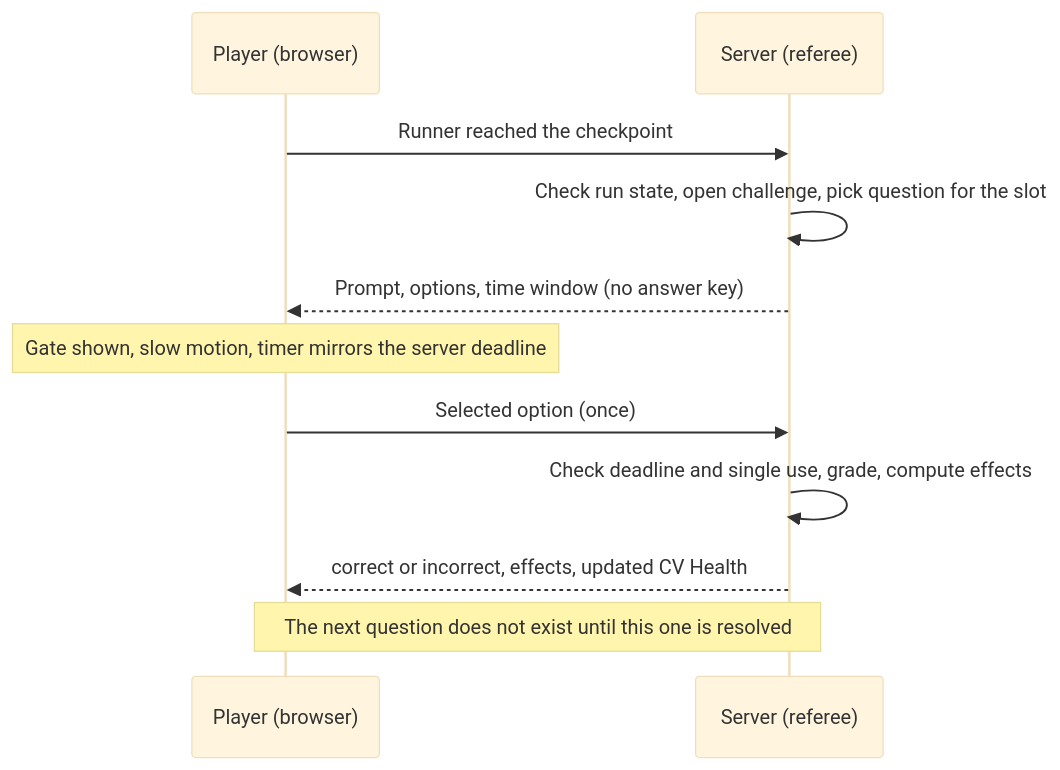
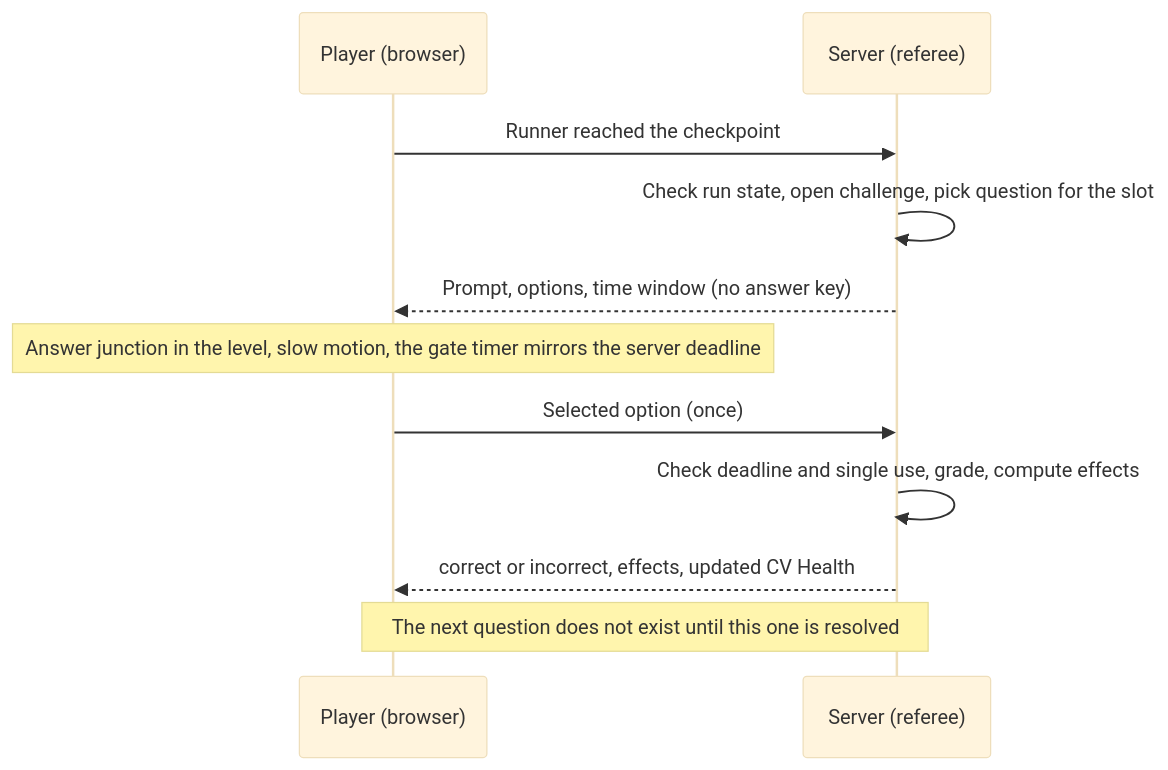
One commit to ricardoverita/cv-rush changed the diagram in docs/game-design/challenges/README.md. Above: the diagram before and after it, drawn with Mermaid (base theme). The commit also changed other lines of this file and 39 other files, not shown here.

````diff
--- a/docs/game-design/challenges/README.md
+++ b/docs/game-design/challenges/README.md
@@ -67,13 +69,13 @@
 ```mermaid
 sequenceDiagram
   participant P as Player (browser)
   participant S as Server (referee)
   P->>S: Runner reached the checkpoint
   S->>S: Check run state, open challenge, pick question for the slot
   S-->>P: Prompt, options, time window (no answer key)
-  Note over P: Gate shown, slow motion, timer mirrors the server deadline
+  Note over P: Answer junction in the level, slow motion, the gate timer mirrors the server deadline
   P->>S: Selected option (once)
   S->>S: Check deadline and single use, grade, compute effects
   S-->>P: correct or incorrect, effects, updated CV Health
   Note over P,S: The next question does not exist until this one is resolved
 ```
````
